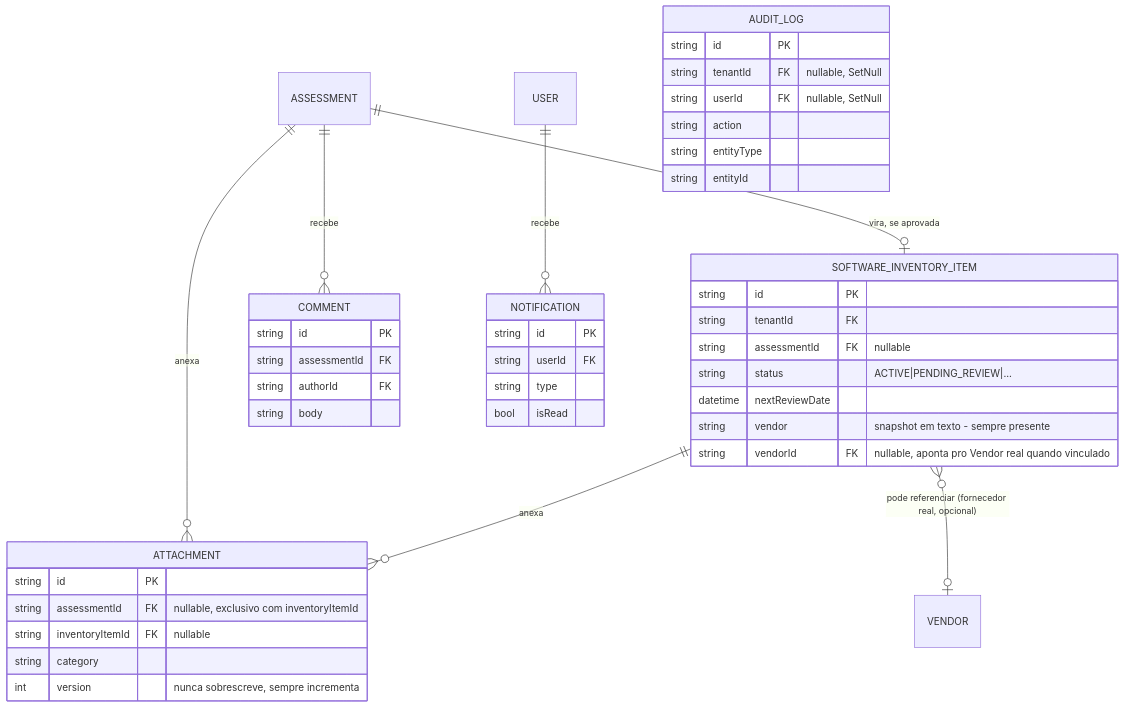
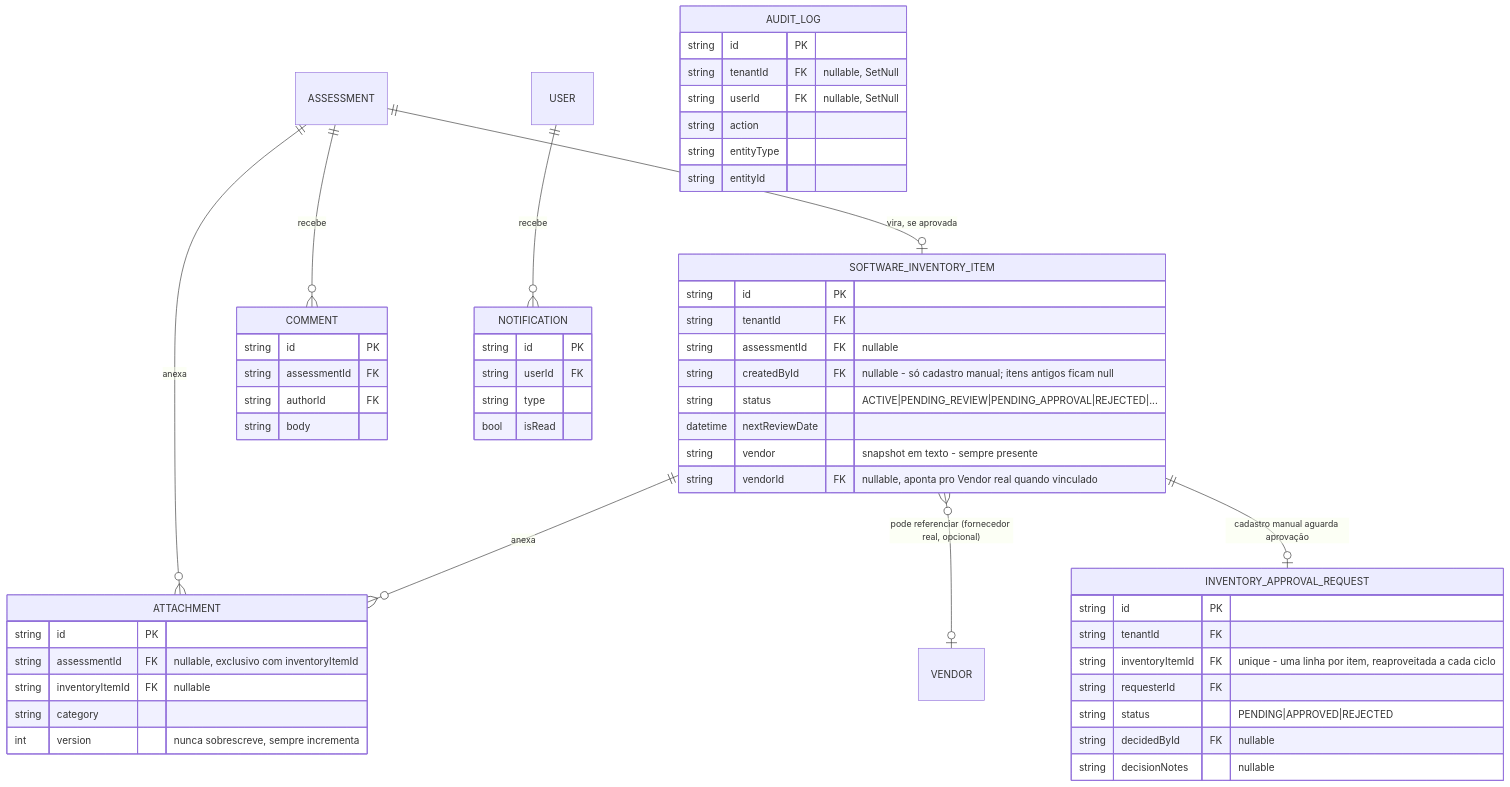
Before and after one commit to domcabral9/morpheus-beta: the sixth of 7 diagrams in docs/architecture.md, drawn with Mermaid. The commit also changed 4 other files, not shown here.

First line of the commit message:
feat(inventory): Fase 1 - schema do fluxo de aprovacao de itens manuais

````diff
--- a/docs/architecture.md
+++ b/docs/architecture.md
@@ -345,46 +345,57 @@
 ```mermaid
 erDiagram
     ASSESSMENT ||--o| SOFTWARE_INVENTORY_ITEM : "vira, se aprovada"
     ASSESSMENT ||--o{ ATTACHMENT : anexa
     SOFTWARE_INVENTORY_ITEM ||--o{ ATTACHMENT : anexa
     ASSESSMENT ||--o{ COMMENT : recebe
     USER ||--o{ NOTIFICATION : recebe
     SOFTWARE_INVENTORY_ITEM }o--o| VENDOR : "pode referenciar (fornecedor real, opcional)"
+    SOFTWARE_INVENTORY_ITEM ||--o| INVENTORY_APPROVAL_REQUEST : "cadastro manual aguarda aprovação"
 
     SOFTWARE_INVENTORY_ITEM {
         string id PK
         string tenantId FK
         string assessmentId FK "nullable"
-        string status "ACTIVE|PENDING_REVIEW|..."
+        string createdById FK "nullable - só cadastro manual; itens antigos ficam null"
+        string status "ACTIVE|PENDING_REVIEW|PENDING_APPROVAL|REJECTED|..."
         datetime nextReviewDate
         string vendor "snapshot em texto - sempre presente"
         string vendorId FK "nullable, aponta pro Vendor real quando vinculado"
+    }
+    INVENTORY_APPROVAL_REQUEST {
+        string id PK
+        string tenantId FK
+        string inventoryItemId FK "unique - uma linha por item, reaproveitada a cada ciclo"
+        string requesterId FK
+        string status "PENDING|APPROVED|REJECTED"
+        string decidedById FK "nullable"
+        string decisionNotes "nullable"
     }
     ATTACHMENT {
         string id PK
         string assessmentId FK "nullable, exclusivo com inventoryItemId"
         string inventoryItemId FK "nullable"
         string category
         int version "nunca sobrescreve, sempre incrementa"
     }
     COMMENT {
         string id PK
         string assessmentId FK
         string authorId FK
         string body
     }
     AUDIT_LOG {
         string id PK
         string tenantId FK "nullable, SetNull"
         string userId FK "nullable, SetNull"
         string action
         string entityType
         string entityId
     }
     NOTIFICATION {
         string id PK
         string userId FK
         string type
         bool isRead
     }
 ```
````
